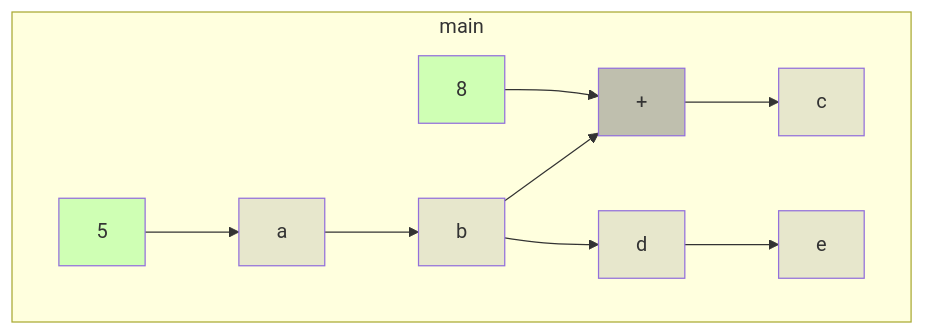
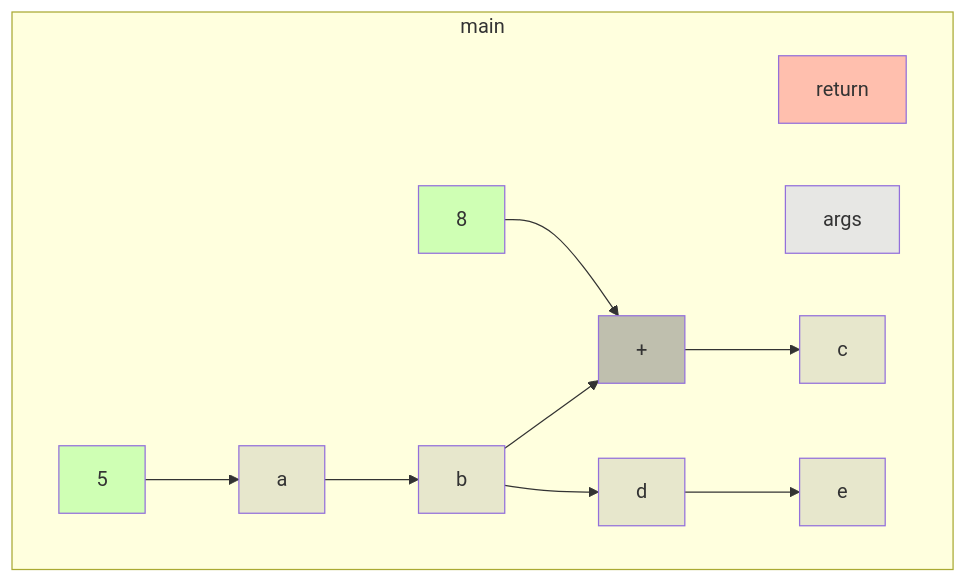
The diagram in app/src/test/resources/base/truth.md (gstiebler/codeflow), drawn with Mermaid before and after one commit. The commit also changed 3 other files, not shown here.

````diff
--- a/app/src/test/resources/base/truth.md
+++ b/app/src/test/resources/base/truth.md
@@ -1,17 +1,27 @@
 ```mermaid
 flowchart TD
   subgraph main
+    75665666[return]:::RETURN
+    75665690[args]:::FUNC_PARAM
+    75665715[a]:::VARIABLE
+    75665729[5]:::LITERAL
+    75665740[b]:::VARIABLE
+    75665765[c]:::VARIABLE
+    75665779[+]:::BIN_OP
+    75665783[8]:::LITERAL
+    75665809[d]:::VARIABLE
+    75665824[e]:::VARIABLE
     75665715[a]:::VARIABLE --> 75665740[b]:::VARIABLE
     75665729[5]:::LITERAL --> 75665715[a]:::VARIABLE
     75665740[b]:::VARIABLE --> 75665779[+]:::BIN_OP
     75665740[b]:::VARIABLE --> 75665809[d]:::VARIABLE
     75665779[+]:::BIN_OP --> 75665765[c]:::VARIABLE
     75665783[8]:::LITERAL --> 75665779[+]:::BIN_OP
     75665809[d]:::VARIABLE --> 75665824[e]:::VARIABLE
   end
   classDef LITERAL fill:#00FF0030
   classDef VARIABLE fill:#80808030
   classDef BIN_OP fill:#80808080
   classDef FUNC_PARAM fill:#8080FF30
   classDef RETURN fill:#FF808080
 ```
````
